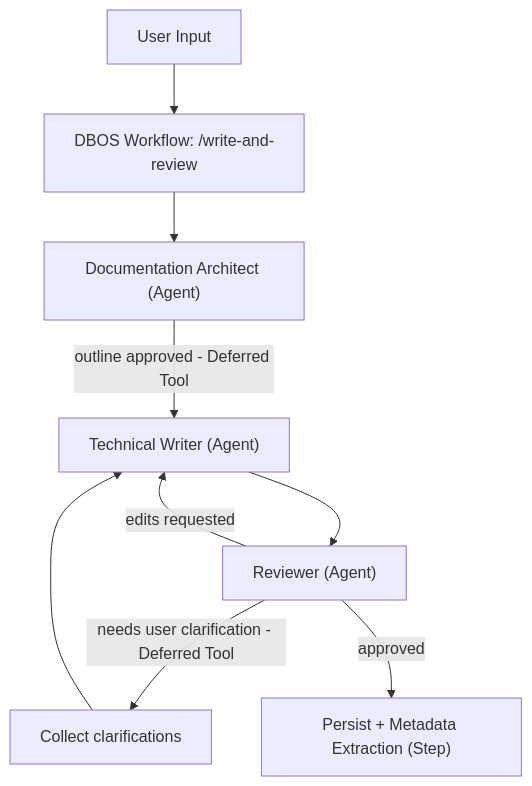
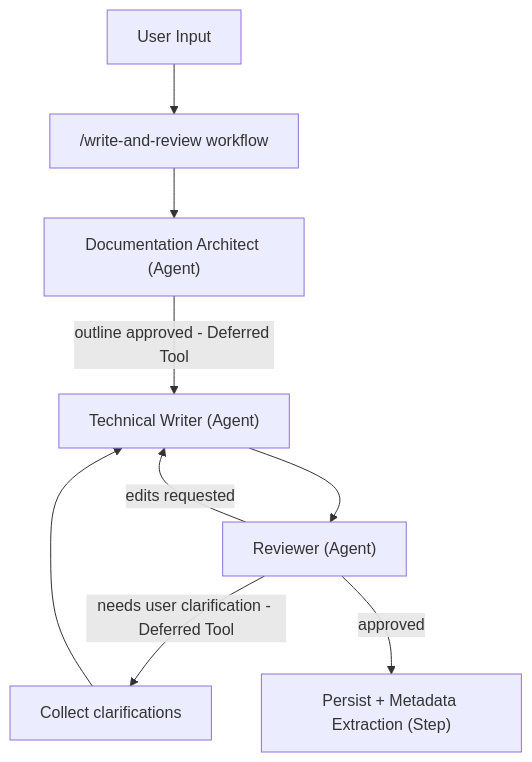
The second of 2 diagrams in README.md (contemplative-software/specmaker), drawn with Mermaid before and after one commit.

Commit message:
Fix workflow name in README.md

````diff
--- a/README.md
+++ b/README.md
@@ -64,10 +64,10 @@
 ```mermaid
 flowchart TD
-  UI["User Input"] --> WF["DBOS Workflow: /write-and-review"]
+  UI["User Input"] --> WF["/write-and-review workflow"]
   WF --> ARCH["Documentation Architect (Agent)"]
   ARCH -->|outline approved - Deferred Tool| WRITER["Technical Writer (Agent)"]
   WRITER --> REVIEWER["Reviewer (Agent)"]
   REVIEWER -->|needs user clarification - Deferred Tool| UI_CLAR["Collect clarifications"] --> WRITER
   REVIEWER -->|edits requested| WRITER
   REVIEWER -->|approved| PERSIST["Persist + Metadata Extraction (Step)"]
 ```
````
